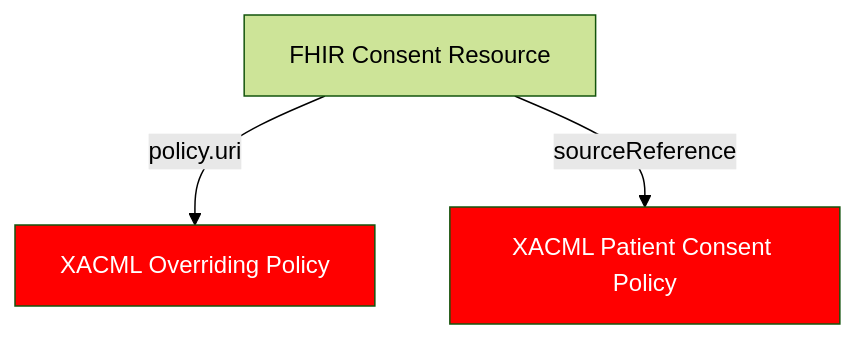
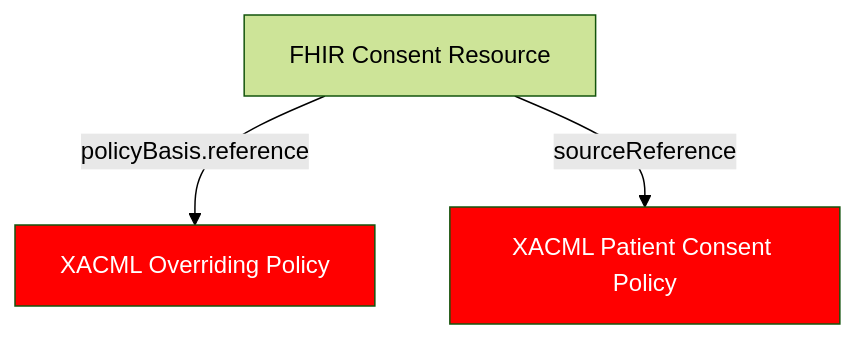
One commit to JohnMoehrke/xacml-consent changed the diagram in input/pagecontent/index.md. Above: the diagram before and after it, drawn with Mermaid (forest theme). The commit also changed other lines of this file and 2 other files, not shown here.

```diff
--- a/input/pagecontent/index.md
+++ b/input/pagecontent/index.md
@@ -13,8 +13,8 @@
 ~~~mermaid
 graph TD
-    A[FHIR Consent Resource] -->|policy.uri| B[XACML Overriding Policy]
+    A[FHIR Consent Resource] -->|policyBasis.reference| B[XACML Overriding Policy]
     A -->|sourceReference| C[XACML Patient Consent Policy]
     style B fill:#ff0000,color:#fff
     style C fill:#ff0000,color:#fff
 
 ~~~
```
